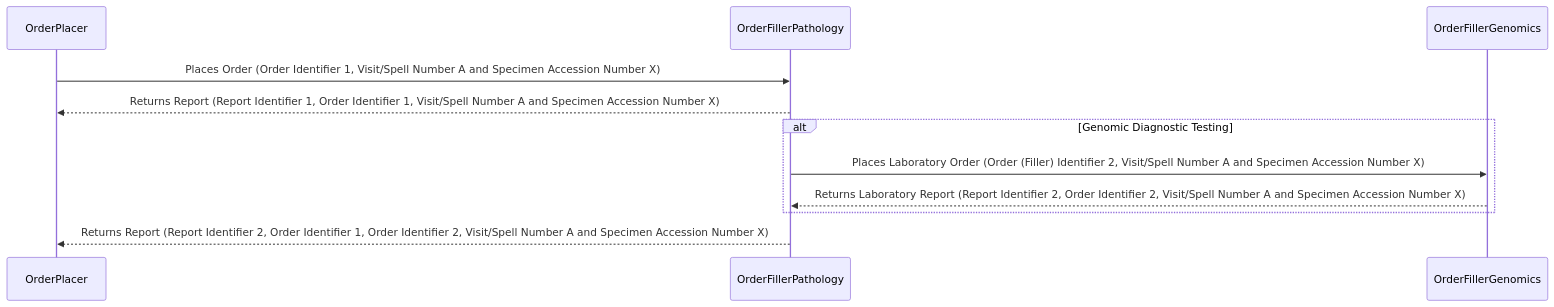
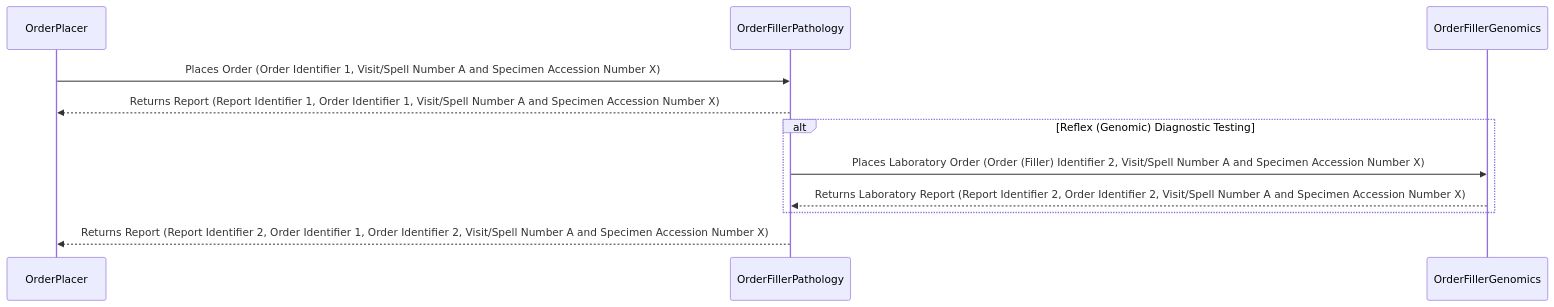
The third of 4 diagrams in input/pagecontent/ILW.md (uk-gov-mirror/nw-gmsa.nw-gmsa.github.com), drawn with Mermaid before and after one commit. The commit also changed other lines of this file, not shown here.

````diff
--- a/input/pagecontent/ILW.md
+++ b/input/pagecontent/ILW.md
@@ -89,17 +93,17 @@
 ```mermaid
 sequenceDiagram
     participant OrderPlacer
 
     participant OrderFillerPathology
     participant OrderFillerGenomics
   
 
     OrderPlacer ->> OrderFillerPathology: Places Order (Order Identifier 1, Visit/Spell Number A and Specimen Accession Number X)
     OrderFillerPathology -->> OrderPlacer: Returns Report (Report Identifier 1, Order Identifier 1, Visit/Spell Number A  and Specimen Accession Number X)
    
-    alt Genomic Diagnostic Testing
+    alt Reflex (Genomic) Diagnostic Testing
         OrderFillerPathology ->> OrderFillerGenomics: Places Laboratory Order (Order (Filler) Identifier 2,  Visit/Spell Number A and Specimen Accession Number X)
         OrderFillerGenomics -->> OrderFillerPathology: Returns Laboratory Report (Report Identifier 2, Order Identifier 2, Visit/Spell Number A and Specimen Accession Number X)
     end
     OrderFillerPathology -->> OrderPlacer: Returns Report (Report Identifier 2, Order Identifier 1, Order Identifier 2, Visit/Spell Number A  and Specimen Accession Number X)
 ```
````
